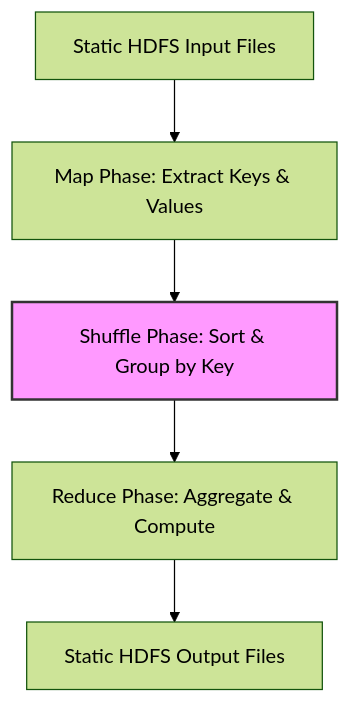
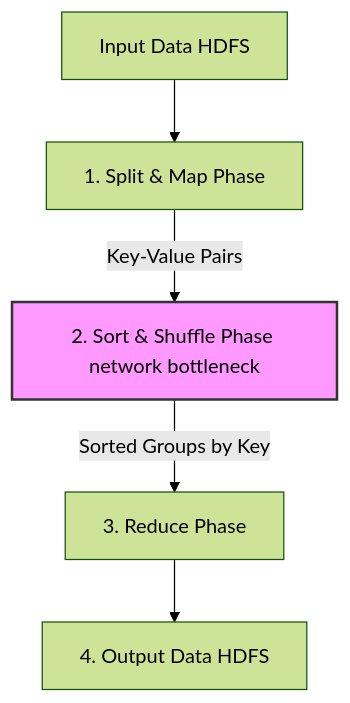
The diagram in chapters/ch10_batch.md (fredLuv/ddia-gitbook), drawn with Mermaid (forest theme) before and after one commit. The commit also changed other lines of this file and 2 other files, not shown here.

````diff
--- a/chapters/ch10_batch.md
+++ b/chapters/ch10_batch.md
@@ -24,9 +23,9 @@
 ```mermaid
 graph TD
-    Input[Static HDFS Input Files] --> Map[Map Phase: Extract Keys & Values]
-    Map --> Shuffle[Shuffle Phase: Sort & Group by Key]
-    Shuffle --> Reduce[Reduce Phase: Aggregate & Compute]
-    Reduce --> Output[Static HDFS Output Files]
+    A[Input Data HDFS] --> B[1. Split & Map Phase]
+    B -->|Key-Value Pairs| C[2. Sort & Shuffle Phase network bottleneck]
+    C -->|Sorted Groups by Key| D[3. Reduce Phase]
+    D --> E[4. Output Data HDFS]
     
-    style Shuffle fill:#f9f,stroke:#333,stroke-width:2px
+    style C fill:#f9f,stroke:#333,stroke-width:2px
 ```
````
